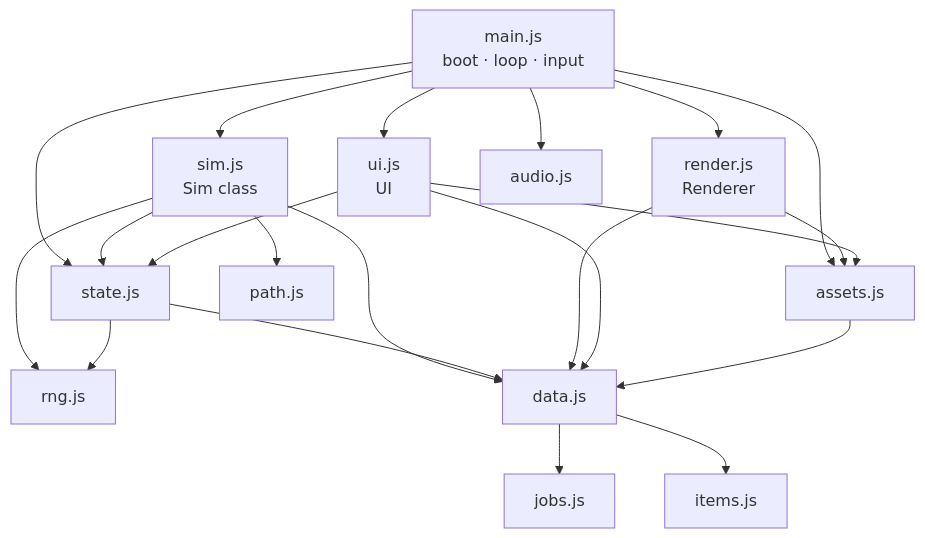
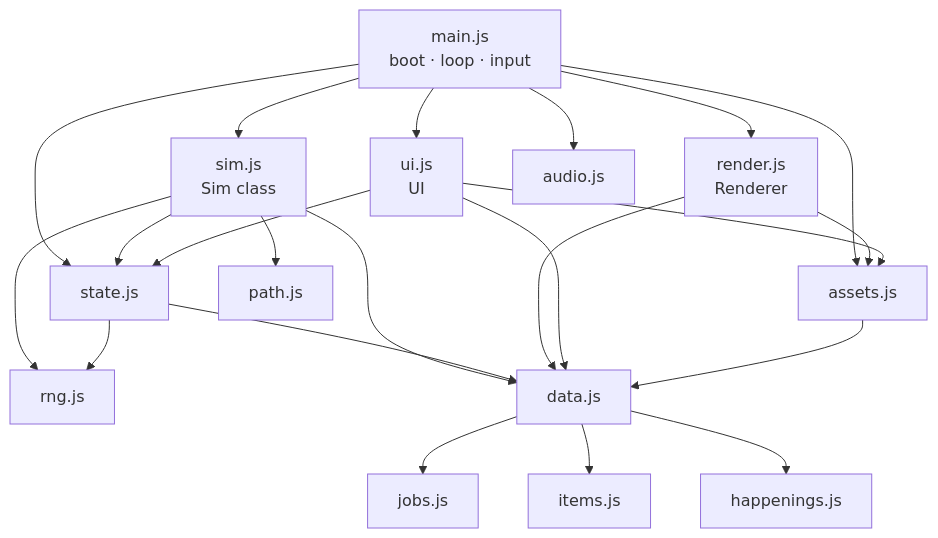
One commit to karmiphuc/wayfarer-guild changed the diagram in v2/docs/ARCHITECTURE.md. Above: the diagram before and after it, drawn with Mermaid. The commit also changed other lines of this file and 4 other files, not shown here.

````diff
--- a/v2/docs/ARCHITECTURE.md
+++ b/v2/docs/ARCHITECTURE.md
@@ -8,23 +8,24 @@
 ```mermaid
 graph TD
   main[main.js<br/>boot · loop · input] --> sim[sim.js<br/>Sim class]
   main --> render[render.js<br/>Renderer]
   main --> ui[ui.js<br/>UI]
   main --> audio[audio.js]
   main --> assets[assets.js]
   main --> state[state.js]
   sim --> state
   sim --> path[path.js]
   sim --> rng[rng.js]
   sim --> data[data.js]
   state --> data
   state --> rng
   render --> data
   render --> assets
   ui --> data
   ui --> assets
   ui --> state
   assets --> data
   data --> jobs[jobs.js]
   data --> items[items.js]
+  data --> happenings[happenings.js]
 ```
````
